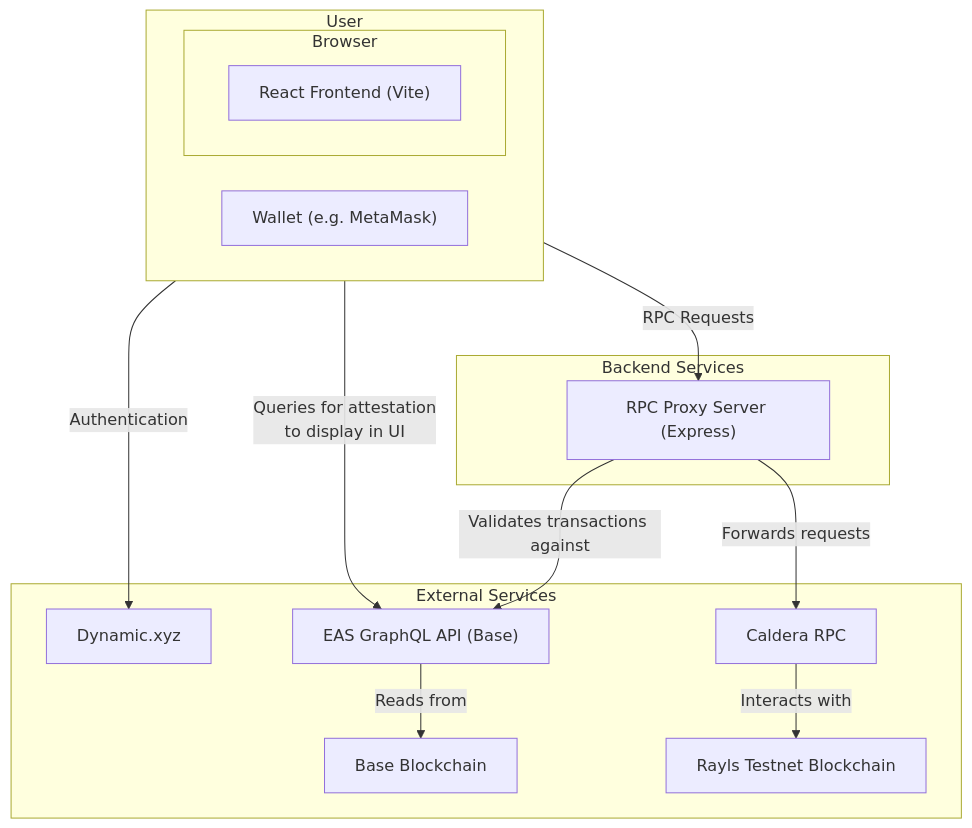
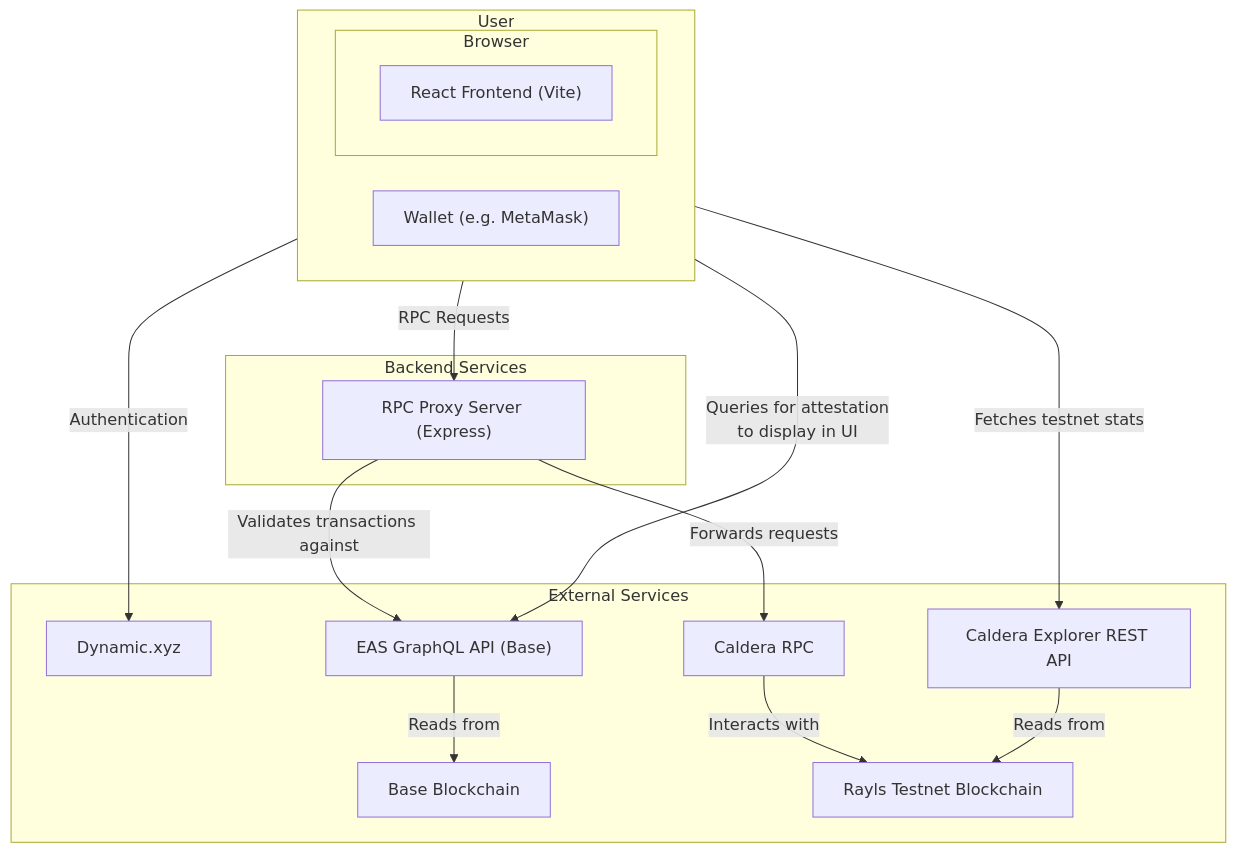
One commit to AlexJupiter/rayls-dapp changed the diagram in README.md. Above: the diagram before and after it, drawn with Mermaid.

Commit message:
Updated diagram for tesnet stats

````diff
--- a/README.md
+++ b/README.md
@@ -16,30 +16,33 @@
 ```mermaid
 graph TD
     subgraph "User"
         direction LR
         subgraph "Browser"
             A["React Frontend (Vite)"]
         end
         H["Wallet (e.g. MetaMask)"]
     end
 
     subgraph "Backend Services"
         B["RPC Proxy Server (Express)"]
     end
 
     subgraph "External Services"
         C["Dynamic.xyz"]
         D["Caldera RPC"]
         E["EAS GraphQL API (Base)"]
         F["Base Blockchain"]
         G["Rayls Testnet Blockchain"]
+        I["Caldera Explorer REST API"]
     end
 
     A -- "Authentication" --> C;
     A -- "Queries for attestation<br/>to display in UI" --> E;
+    A -- "Fetches testnet stats" --> I;
     H -- "RPC Requests" --> B;
     B -- "Forwards requests" --> D;
     D -- "Interacts with" --> G;
     B -- "Validates transactions against" --> E;
     E -- "Reads from" --> F;
+    I -- "Reads from" --> G;
 ```
````
